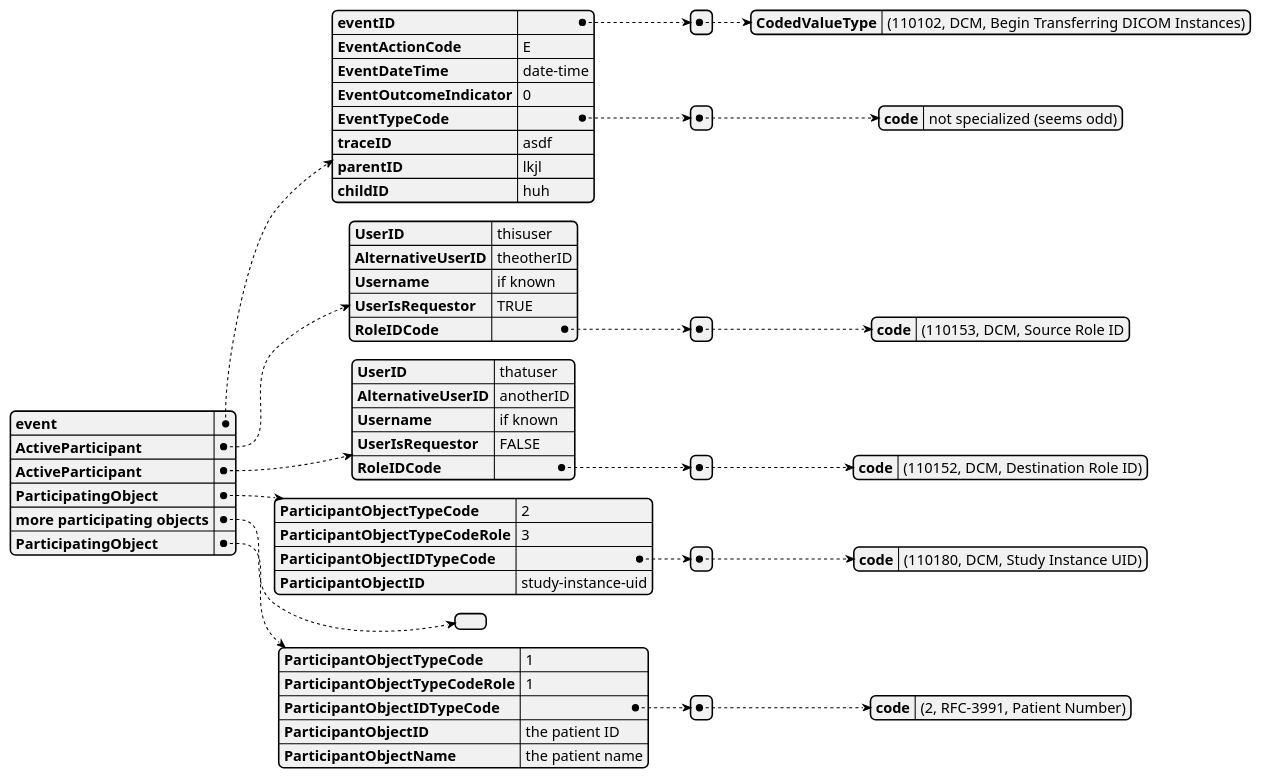
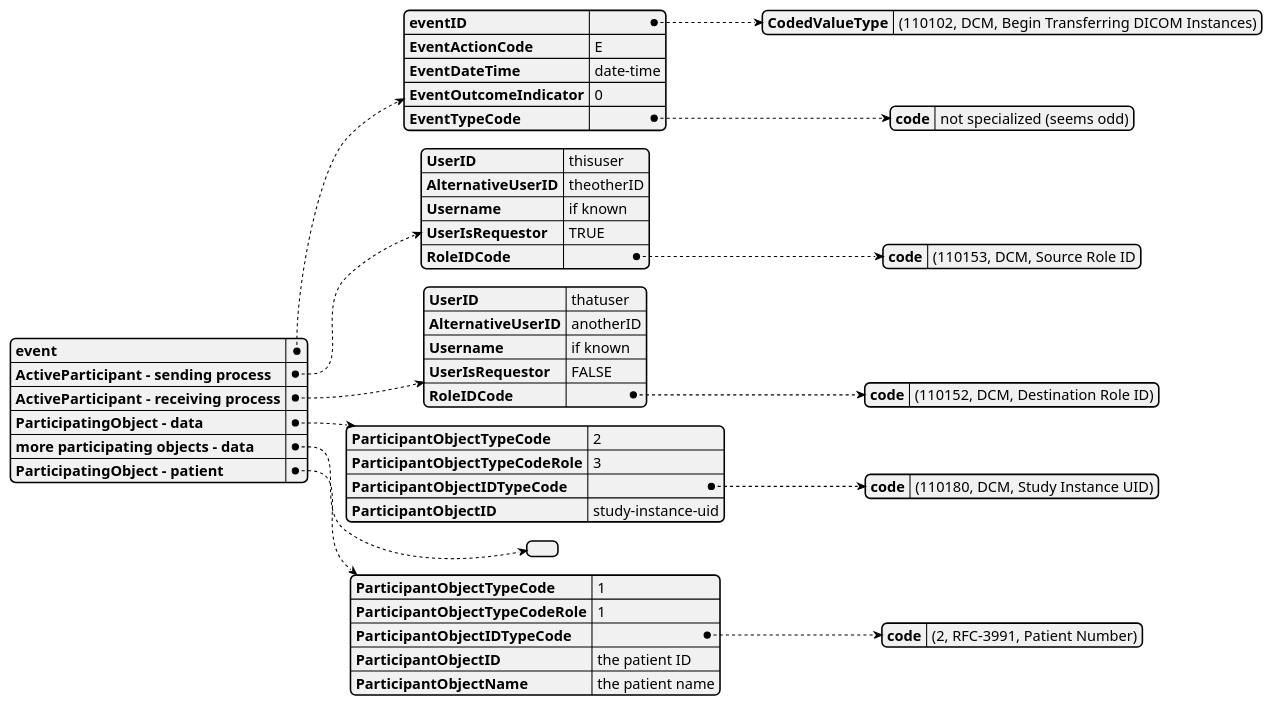
Before and after one commit to rjhorniii/wg14-audit-etc: the diagram in diagrams/begin-transferring-DICOM-instances.puml, drawn with PlantUML. The commit also changed 12 other files, not shown here.

```diff
--- a/diagrams/begin-transferring-DICOM-instances.puml
+++ b/diagrams/begin-transferring-DICOM-instances.puml
@@ -2,54 +2,39 @@
 @startjson
 {
 	"event": {
-	   "eventID" : [
-	       { "CodedValueType" : "(110102, DCM, Begin Transferring DICOM Instances)"}
-	       ],
+	   "eventID" : { "CodedValueType" : "(110102, DCM, Begin Transferring DICOM Instances)"},
 	   "EventActionCode": "E",
 	   "EventDateTime" : "date-time",
 	   "EventOutcomeIndicator": "0",
-	   "EventTypeCode" : [
-	   	{ "code" : "not specialized (seems odd)"}
-		],
-	   "traceID" : "asdf",
-	   "parentID" : "lkjl",
-	   "childID" : "huh"
+	   "EventTypeCode" : { "code" : "not specialized (seems odd)"}
 	   },
-	"ActiveParticipant" : {
+	"ActiveParticipant - sending process" : {
 	   "UserID" : "thisuser",
 	   "AlternativeUserID" : "theotherID",
 	   "Username" : "if known",
 	   "UserIsRequestor" : "TRUE",
-	   "RoleIDCode" : [
-	   	{ "code" : "(110153, DCM, Source Role ID"}
-		]
+	   "RoleIDCode" : { "code" : "(110153, DCM, Source Role ID"}
 	   },
-	"ActiveParticipant" : {
+	"ActiveParticipant - receiving process" : {
 	   "UserID" : "thatuser",
 	   "AlternativeUserID" : "anotherID",
 	   "Username" : "if known",
 	   "UserIsRequestor" : "FALSE",
-	   "RoleIDCode" : [
-	   	{ "code" : "(110152, DCM, Destination Role ID)"}
-		]	   
+	   "RoleIDCode" : { "code" : "(110152, DCM, Destination Role ID)"}	   
 	   },
-	"ParticipatingObject" : {
+	"ParticipatingObject - data" : {
 	   "ParticipantObjectTypeCode" : 2,
 	   "ParticipantObjectTypeCodeRole" : 3,
-	   "ParticipantObjectIDTypeCode" : [
-	       { "code" : "(110180, DCM, Study Instance UID)"}
-	       ],
+	   "ParticipantObjectIDTypeCode" : { "code" : "(110180, DCM, Study Instance UID)"},
 	   "ParticipantObjectID" : "study-instance-uid"
 	   },
-	"more participating objects" : [],
-	"ParticipatingObject" : {
+	"more participating objects - data" : [],
+	"ParticipatingObject - patient" : {
 	    "ParticipantObjectTypeCode" : 1,
 	    "ParticipantObjectTypeCodeRole" : 1,
-	    "ParticipantObjectIDTypeCode" : [
-	        { "code" : "(2, RFC-3991, Patient Number)"}
-	        ],
+	    "ParticipantObjectIDTypeCode" : { "code" : "(2, RFC-3991, Patient Number)"},
 	    "ParticipantObjectID" : "the patient ID",
 	    "ParticipantObjectName" : "the patient name"
 	   }
 }
 @endjson
```
